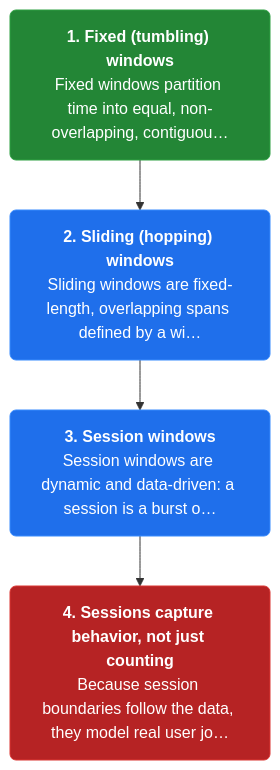
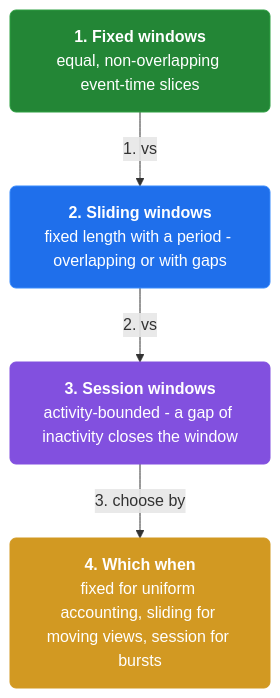
The first of 19 diagrams in docs/ch04-advanced-windowing.md (vinayakuber/streaming-systems-study-guide), drawn with Mermaid before and after one commit. The commit also changed other lines of this file and 12 other files, not shown here.

First line of the commit message:
Author per-section and per-card mermaid diagrams (110 diagrams)

````diff
--- a/docs/ch04-advanced-windowing.md
+++ b/docs/ch04-advanced-windowing.md
@@ -13,13 +13,15 @@
 ```mermaid
 flowchart TD
-  classDef step fill:#1f6feb,color:#ffffff,stroke:#388bfd,stroke-width:1px,rx:6
+  classDef step fill:#1f6feb,color:#ffffff,stroke:#388bfd,rx:6
+  classDef core fill:#8250df,color:#ffffff,stroke:#8250df,rx:6
+  classDef warn fill:#d29922,color:#ffffff,stroke:#d29922,rx:6
   classDef start fill:#238636,color:#ffffff,stroke:#2ea043,rx:6
   classDef stop fill:#b62324,color:#ffffff,stroke:#da3633,rx:6
-  s0n0["<b>1. Fixed (tumbling) windows</b><br/>Fixed windows partition time into equal, non-overlapping, contiguou…"]:::start
-  s0n1["<b>2. Sliding (hopping) windows</b><br/>Sliding windows are fixed-length, overlapping spans defined by a wi…"]:::step
-  s0n2["<b>3. Session windows</b><br/>Session windows are dynamic and data-driven: a session is a burst o…"]:::step
-  s0n3["<b>4. Sessions capture behavior, not just counting</b><br/>Because session boundaries follow the data, they model real user jo…"]:::stop
-  s0n0 --> s0n1
-  s0n1 --> s0n2
-  s0n2 --> s0n3
+  n0["<b>1. Fixed windows</b><br/>equal, non-overlapping event-time slices"]:::start
+  n1["<b>2. Sliding windows</b><br/>fixed length with a period - overlapping or with gaps"]:::step
+  n2["<b>3. Session windows</b><br/>activity-bounded - a gap of inactivity closes the window"]:::core
+  n3["<b>4. Which when</b><br/>fixed for uniform accounting, sliding for moving views, session for bursts"]:::warn
+  n0 -->|"1. vs"| n1
+  n1 -->|"2. vs"| n2
+  n2 -->|"3. choose by"| n3
 ```
````
